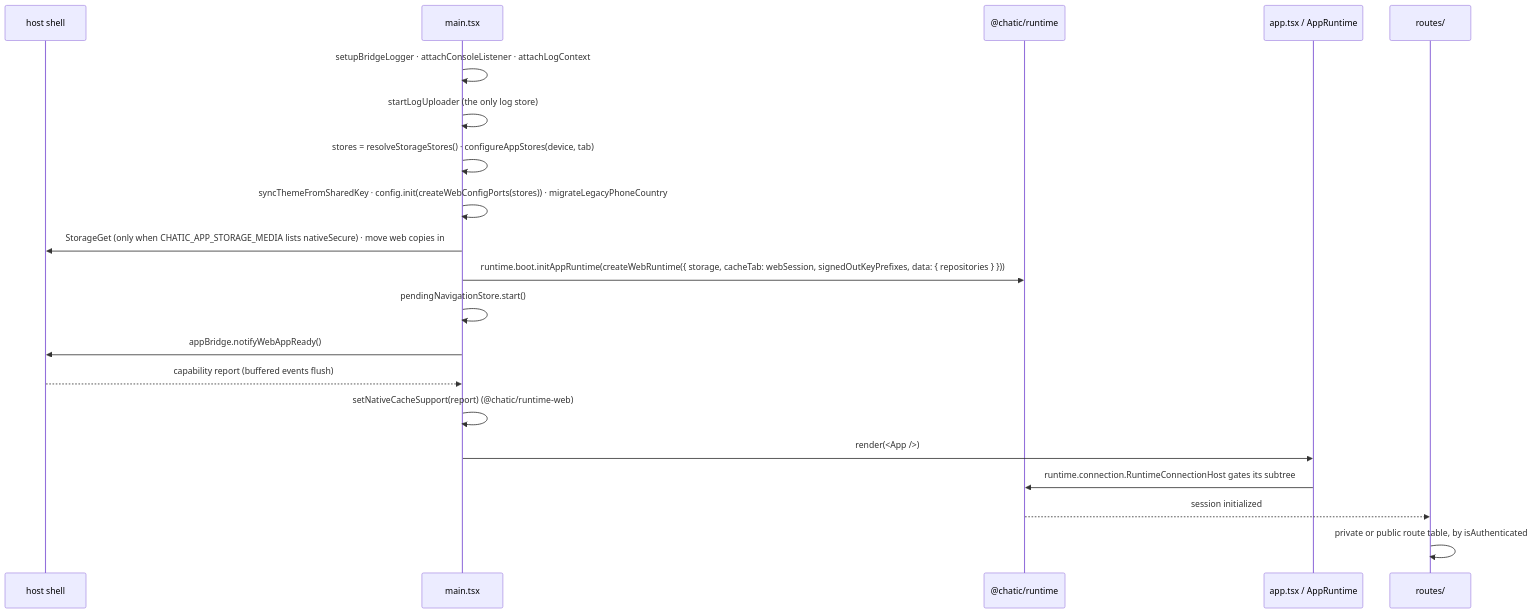
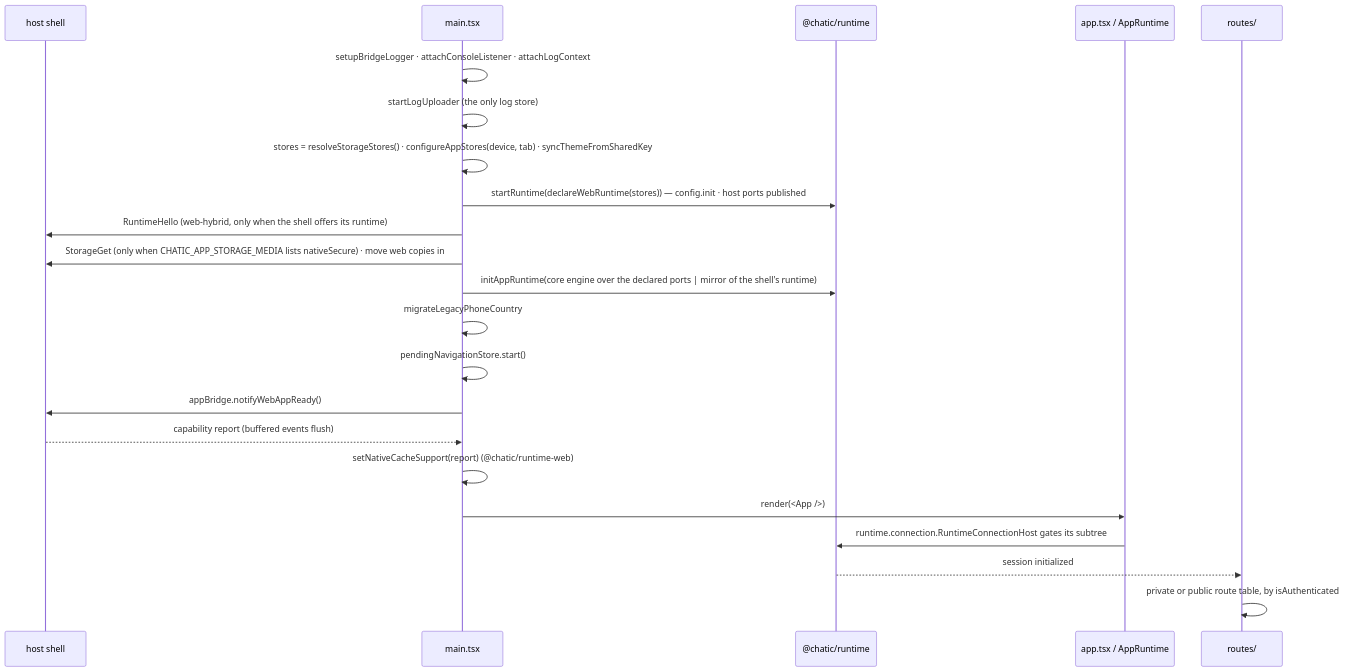
One commit to lemoncloud-io/dou-app changed the second of 2 diagrams in apps/web/README.md. Above: the diagram before and after it, drawn with Mermaid. The commit also changed other lines of this file and 471 other files, not shown here.

First line of the commit message:
refactor(web): start the runtime from a browser or hybrid declaration, not hand wiring

````diff
--- a/apps/web/README.md
+++ b/apps/web/README.md
@@ -146,23 +146,25 @@
 ```mermaid
 sequenceDiagram
     participant Shell as host shell
     participant Main as main.tsx
     participant RT as @chatic/runtime
     participant App as app.tsx / AppRuntime
     participant Router as routes/
 
     Main->>Main: setupBridgeLogger · attachConsoleListener · attachLogContext
     Main->>Main: startLogUploader (the only log store)
-    Main->>Main: stores = resolveStorageStores() · configureAppStores(device, tab)
-    Main->>Main: syncThemeFromSharedKey · config.init(createWebConfigPorts(stores)) · migrateLegacyPhoneCountry
+    Main->>Main: stores = resolveStorageStores() · configureAppStores(device, tab) · syncThemeFromSharedKey
+    Main->>RT: startRuntime(declareWebRuntime(stores)) — config.init · host ports published
+    Main->>Shell: RuntimeHello (web-hybrid, only when the shell offers its runtime)
     Main->>Shell: StorageGet (only when CHATIC_APP_STORAGE_MEDIA lists nativeSecure) · move web copies in
-    Main->>RT: runtime.boot.initAppRuntime(createWebRuntime({ storage, cacheTab: webSession, signedOutKeyPrefixes, data: { repositories } }))
+    Main->>RT: initAppRuntime(core engine over the declared ports | mirror of the shell's runtime)
+    Main->>Main: migrateLegacyPhoneCountry
     Main->>Main: pendingNavigationStore.start()
     Main->>Shell: appBridge.notifyWebAppReady()
     Shell-->>Main: capability report (buffered events flush)
     Main->>Main: setNativeCacheSupport(report) (@chatic/runtime-web)
     Main->>App: render(<App />)
     App->>RT: runtime.connection.RuntimeConnectionHost gates its subtree
     RT-->>Router: session initialized
     Router->>Router: private or public route table, by isAuthenticated
 ```
````
